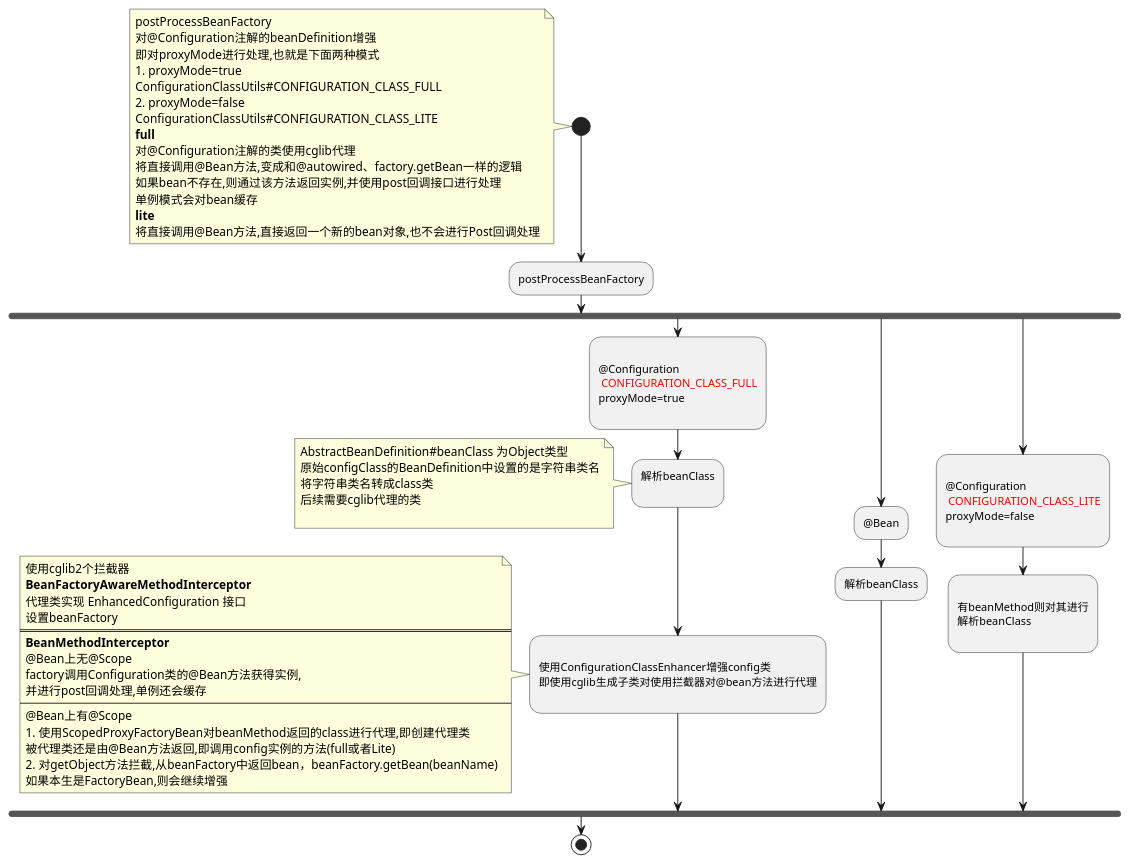
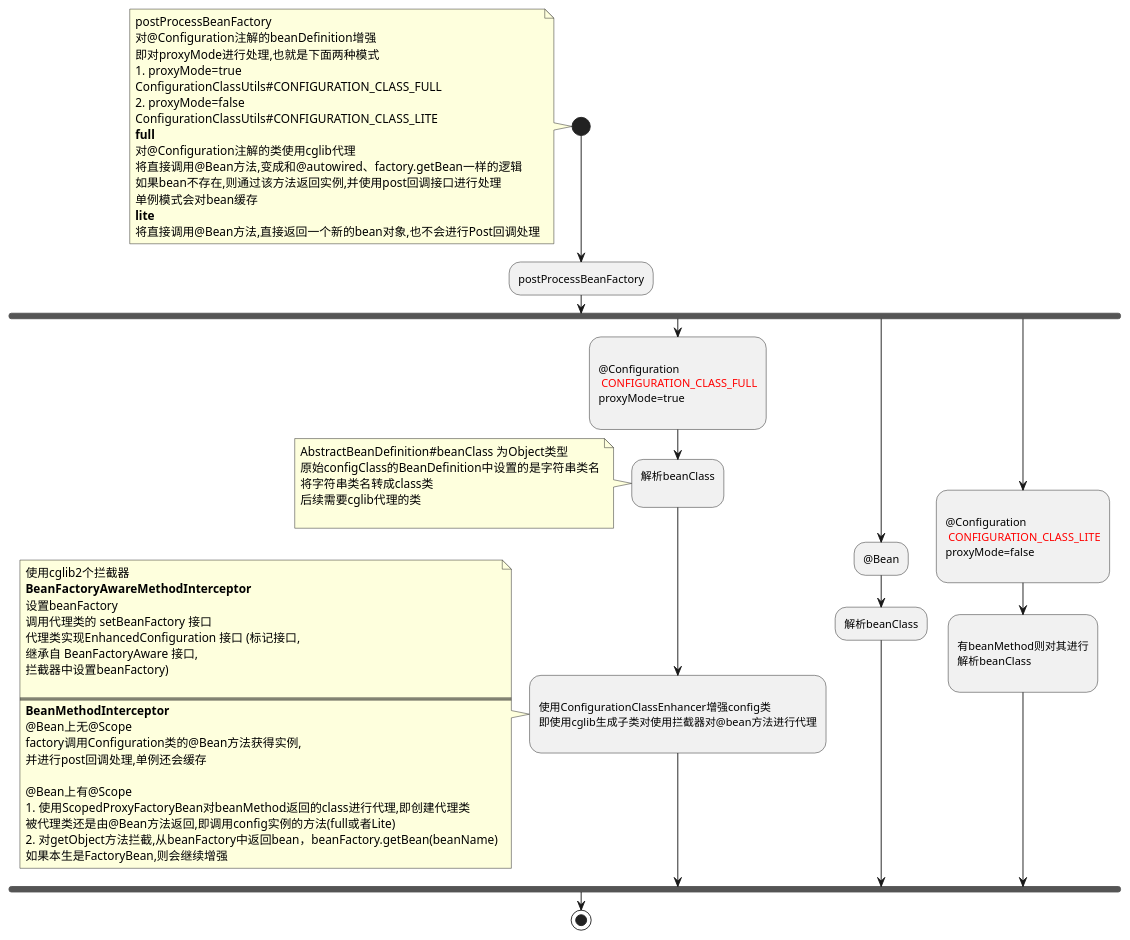
The diagram in uml/src/main/java/spring/active/configuration_postRegistry_activity.puml (FHJ2020/spring-uml), drawn with PlantUML before and after one commit. The commit also changed 9 other files, not shown here.

```diff
--- a/uml/src/main/java/spring/active/configuration_postRegistry_activity.puml
+++ b/uml/src/main/java/spring/active/configuration_postRegistry_activity.puml
@@ -1,85 +1,89 @@
 @startuml
 'https://plantuml.com/activity-diagram-beta
 
 start
 
     note
     postProcessBeanFactory
     对@Configuration注解的beanDefinition增强
     即对proxyMode进行处理,也就是下面两种模式
     # proxyMode=true
     ConfigurationClassUtils#CONFIGURATION_CLASS_FULL
     # proxyMode=false
     ConfigurationClassUtils#CONFIGURATION_CLASS_LITE
     **full**
     对@Configuration注解的类使用cglib代理
     将直接调用@Bean方法,变成和@autowired、factory.getBean一样的逻辑
     如果bean不存在,则通过该方法返回实例,并使用post回调接口进行处理
     单例模式会对bean缓存
     **lite**
     将直接调用@Bean方法,直接返回一个新的bean对象,也不会进行Post回调处理
     end note
 
     :postProcessBeanFactory;
 
     fork
         :
         @Configuration
         <color:red> CONFIGURATION_CLASS_FULL
         proxyMode=true
         ;
         :解析beanClass
         ;
         note
         AbstractBeanDefinition#beanClass 为Object类型
         原始configClass的BeanDefinition中设置的是字符串类名
         将字符串类名转成class类
         后续需要cglib代理的类
 
         end note
 
         :
         使用ConfigurationClassEnhancer增强config类
         即使用cglib生成子类对使用拦截器对@bean方法进行代理
         ;
         note
         使用cglib2个拦截器
         **BeanFactoryAwareMethodInterceptor**
-        代理类实现 EnhancedConfiguration 接口
         设置beanFactory
+        调用代理类的 setBeanFactory 接口
+        代理类实现EnhancedConfiguration 接口 (标记接口,
+        继承自 BeanFactoryAware 接口,
+        拦截器中设置beanFactory)
+
         ====
         **BeanMethodInterceptor**
         @Bean上无@Scope
         factory调用Configuration类的@Bean方法获得实例,
         并进行post回调处理,单例还会缓存
-        ----
+
         @Bean上有@Scope
         # 使用ScopedProxyFactoryBean对beanMethod返回的class进行代理,即创建代理类
         被代理类还是由@Bean方法返回,即调用config实例的方法(full或者Lite)
         # 对getObject方法拦截,从beanFactory中返回bean，beanFactory.getBean(beanName)
         如果本生是FactoryBean,则会继续增强
         end note
 
     fork again
         :@Bean;
         :解析beanClass;
 
     fork again
         :
         @Configuration
         <color:red> CONFIGURATION_CLASS_LITE
         proxyMode=false
         ;
 
         :
         有beanMethod则对其进行
         解析beanClass
         ;
 
     end fork
 
 
 
 stop
 
 @enduml
```
